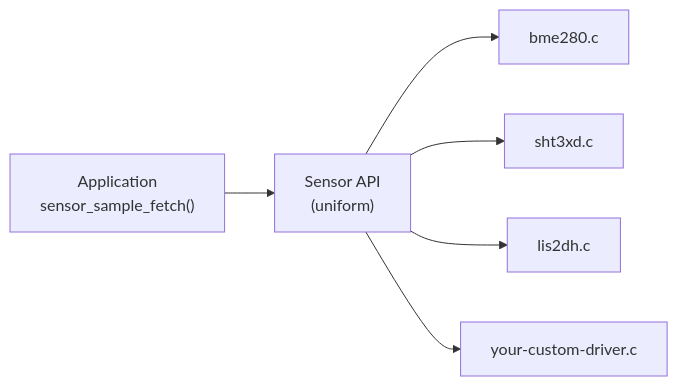
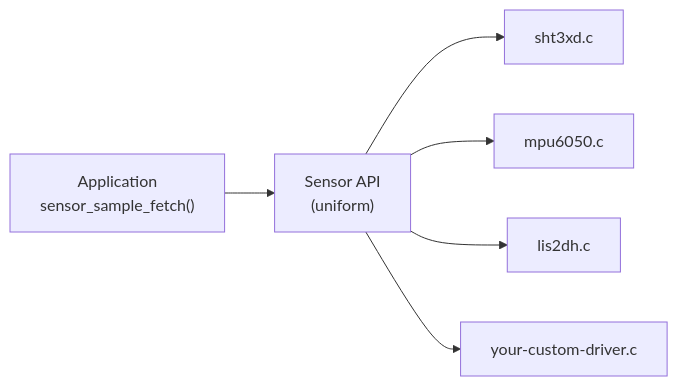
One commit to huunghiaspkt/huunghiaspkt.github.io changed the diagram in docs/zephyr-training/03_intermediate/writing-drivers.md. Above: the diagram before and after it, drawn with Mermaid. The commit also changed other lines of this file and 40 other files, not shown here.

````diff
--- a/docs/zephyr-training/03_intermediate/writing-drivers.md
+++ b/docs/zephyr-training/03_intermediate/writing-drivers.md
@@ -32,8 +32,8 @@
 ```mermaid
 graph LR
     A["Application<br/>sensor_sample_fetch()"] --> B["Sensor API<br/>(uniform)"]
-    B --> C["bme280.c"]
-    B --> D["sht3xd.c"]
+    B --> C["sht3xd.c"]
+    B --> D["mpu6050.c"]
     B --> E["lis2dh.c"]
     B --> F["your-custom-driver.c"]
 ```
````
